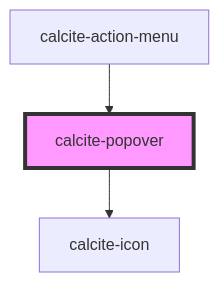
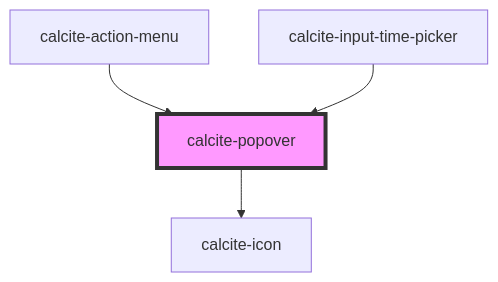
Before and after one commit to Esri/calcite-design-system: the diagram in src/components/calcite-popover/readme.md, drawn with Mermaid. The commit also changed other lines of this file and 3 other files, not shown here.

````diff
--- a/src/components/calcite-popover/readme.md
+++ b/src/components/calcite-popover/readme.md
@@ -79,6 +80,7 @@
 ```mermaid
 graph TD;
   calcite-popover --> calcite-icon
   calcite-action-menu --> calcite-popover
+  calcite-input-time-picker --> calcite-popover
   style calcite-popover fill:#f9f,stroke:#333,stroke-width:4px
 ```
````
